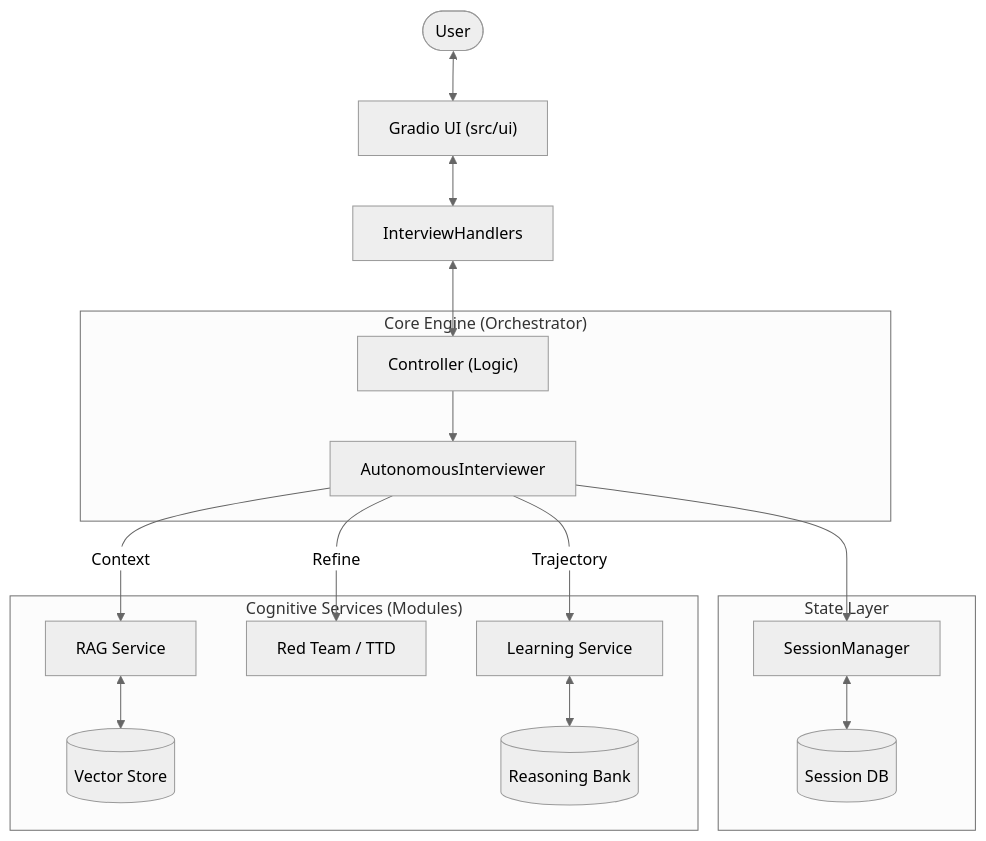
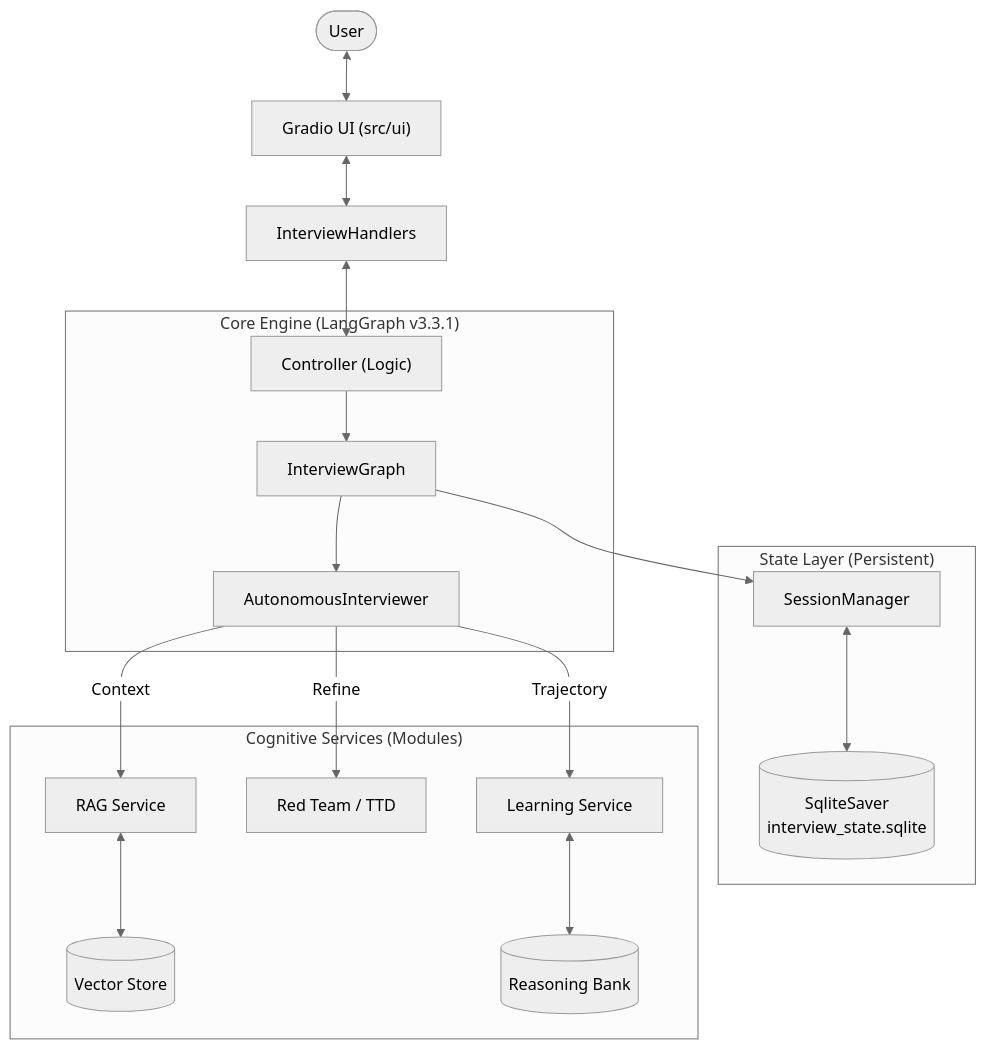
The first of 2 diagrams in README.md (VIKAS9793/ai-interviewer-langchain), drawn with Mermaid (neutral theme) before and after one commit. The commit also changed other lines of this file and 17 other files, not shown here.

````diff
--- a/README.md
+++ b/README.md
@@ -154,31 +154,32 @@
 ```mermaid
 flowchart TD
     User([User]) <--> View["Gradio UI (src/ui)"]
     View <--> Handler[InterviewHandlers]
     Handler <--> Ctrl["Controller (Logic)"]
     
-    subgraph "Core Engine (Orchestrator)"
-        Ctrl --> AutoInt[AutonomousInterviewer]
+    subgraph "Core Engine (LangGraph v3.3.1)"
+        Ctrl --> Graph[InterviewGraph]
+        Graph --> AutoInt[AutonomousInterviewer]
     end
     
-    subgraph "State Layer"
+    subgraph "State Layer (Persistent)"
         SM[SessionManager]
-        DB[(Session DB)]
-        SM <--> DB
+        SQLite[(SqliteSaver<br/>interview_state.sqlite)]
+        SM <--> SQLite
     end
     
     subgraph "Cognitive Services (Modules)"
         RAG[RAG Service]
         RTTD[Red Team / TTD]
         Learn[Learning Service]
         
         RAG <--> VDB[(Vector Store)]
         Learn <--> RB[(Reasoning Bank)]
     end
     
-    AutoInt --> SM
+    Graph --> SM
     
     AutoInt -- "Context" --> RAG
     AutoInt -- "Refine" --> RTTD
     AutoInt -- "Trajectory" --> Learn
 ```
````
